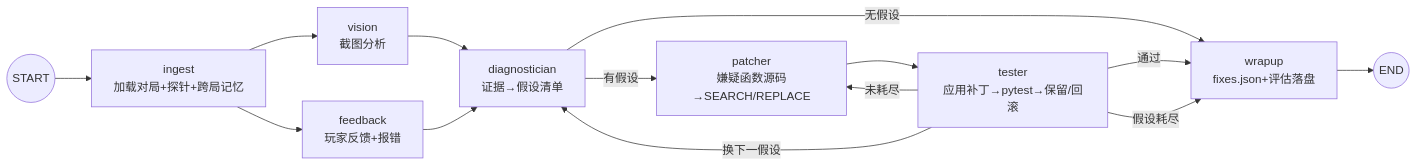
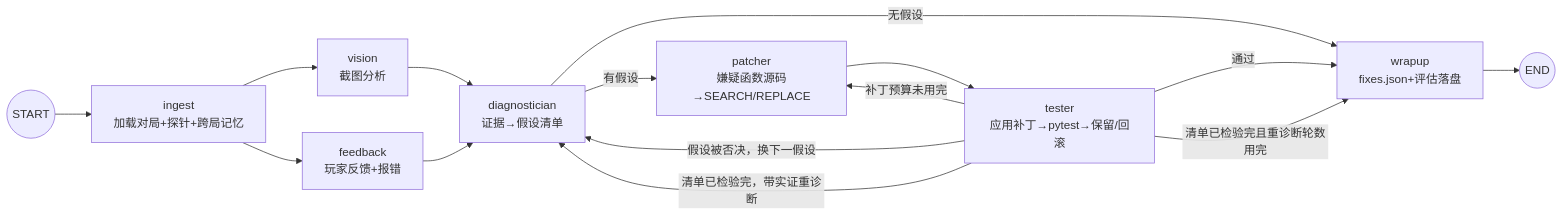
Before and after one commit to HKJSGH/tetris-playanddebug: the diagram in README.md, drawn with Mermaid. The commit also changed other lines of this file and 8 other files, not shown here.

````diff
--- a/README.md
+++ b/README.md
@@ -21,15 +21,16 @@
 ```mermaid
 flowchart LR
     S((START)) --> ingest[ingest\n加载对局+探针+跨局记忆]
     ingest --> V[vision\n截图分析] & F[feedback\n玩家反馈+报错]
     V --> D[diagnostician\n证据→假设清单]
     F --> D
     D -->|有假设| P[patcher\n嫌疑函数源码→SEARCH/REPLACE]
     D -->|无假设| W[wrapup\nfixes.json+评估落盘]
     P --> T[tester\n应用补丁→pytest→保留/回滚]
     T -->|通过| W
-    T -->|未耗尽| P
-    T -->|换下一假设| D
-    T -->|假设耗尽| W
+    T -->|补丁预算未用完| P
+    T -->|假设被否决，换下一假设| D
+    T -->|清单已检验完，带实证重诊断| D
+    T -->|清单已检验完且重诊断轮数用完| W
     W --> E((END))
 ```
````
